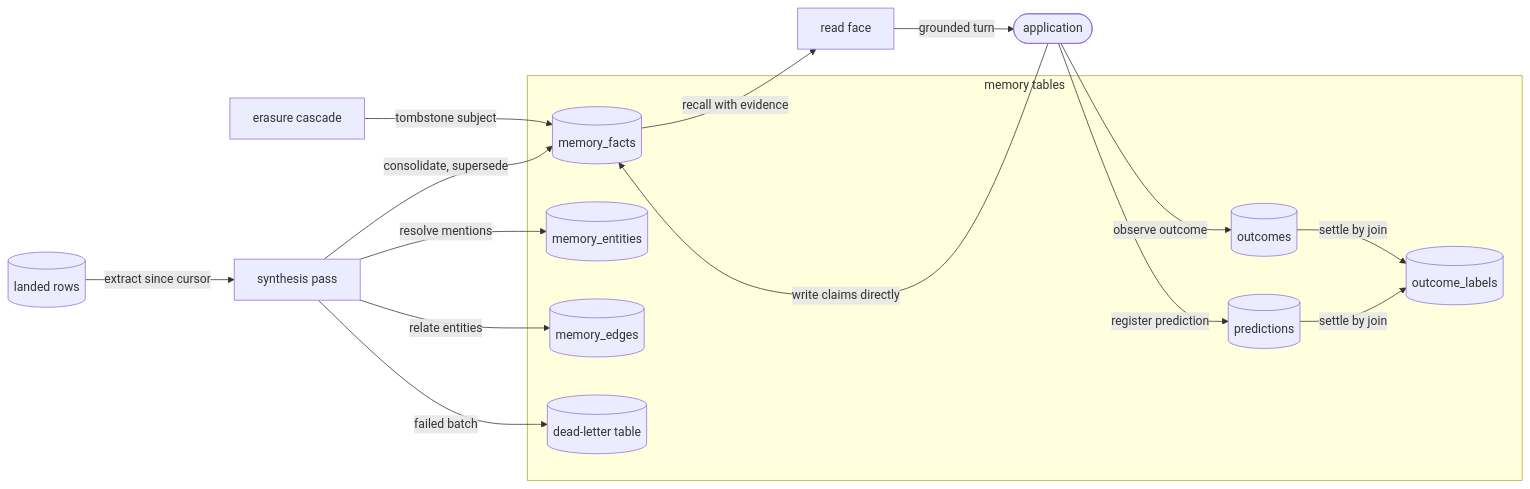
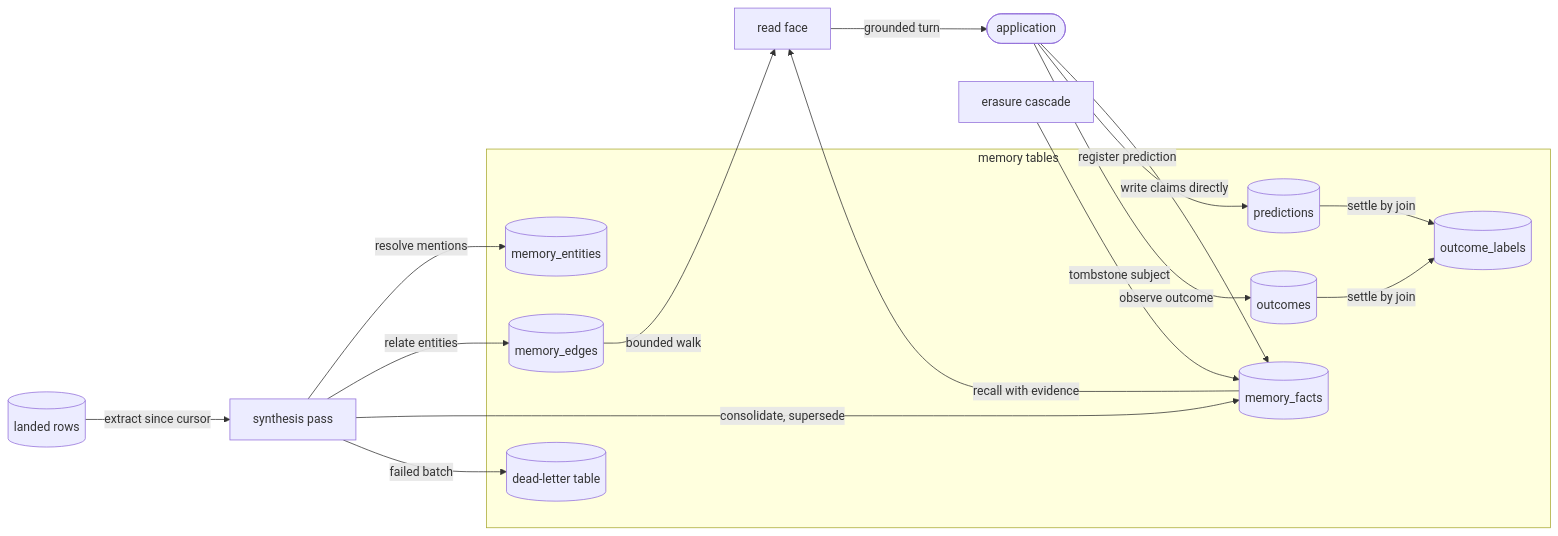
Before and after one commit to fractalboxdev/contextful: the first of 5 diagrams in spec/21-memory.md, drawn with Mermaid. The commit also changed other lines of this file and 6 other files, not shown here.

Commit message:
read: walk admitted memory edges under fixed hop, fan-out and frontier bounds

````diff
--- a/spec/21-memory.md
+++ b/spec/21-memory.md
@@ -21,29 +22,30 @@
 ```mermaid
 flowchart LR
   ROWS[("landed rows")]
   SYN["synthesis pass"]
   subgraph STOREC["memory tables"]
     FACTS[("memory_facts")]
     ENT[("memory_entities")]
     EDGES[("memory_edges")]
     DL[("dead-letter table")]
     PRED[("predictions")]
     OUT[("outcomes")]
     LAB[("outcome_labels")]
   end
   ERASER["erasure cascade"]
   FACE["read face"]
   APP(["application"])
   ROWS -->|"extract since cursor"| SYN
   SYN -->|"resolve mentions"| ENT
   SYN -->|"relate entities"| EDGES
   SYN -->|"consolidate, supersede"| FACTS
   SYN -->|"failed batch"| DL
   APP -->|"write claims directly"| FACTS
   FACTS -->|"recall with evidence"| FACE
+  EDGES -->|"bounded walk"| FACE
   FACE -->|"grounded turn"| APP
   APP -->|"register prediction"| PRED
   APP -->|"observe outcome"| OUT
   PRED & OUT -->|"settle by join"| LAB
   ERASER -->|"tombstone subject"| FACTS
 ```
````
